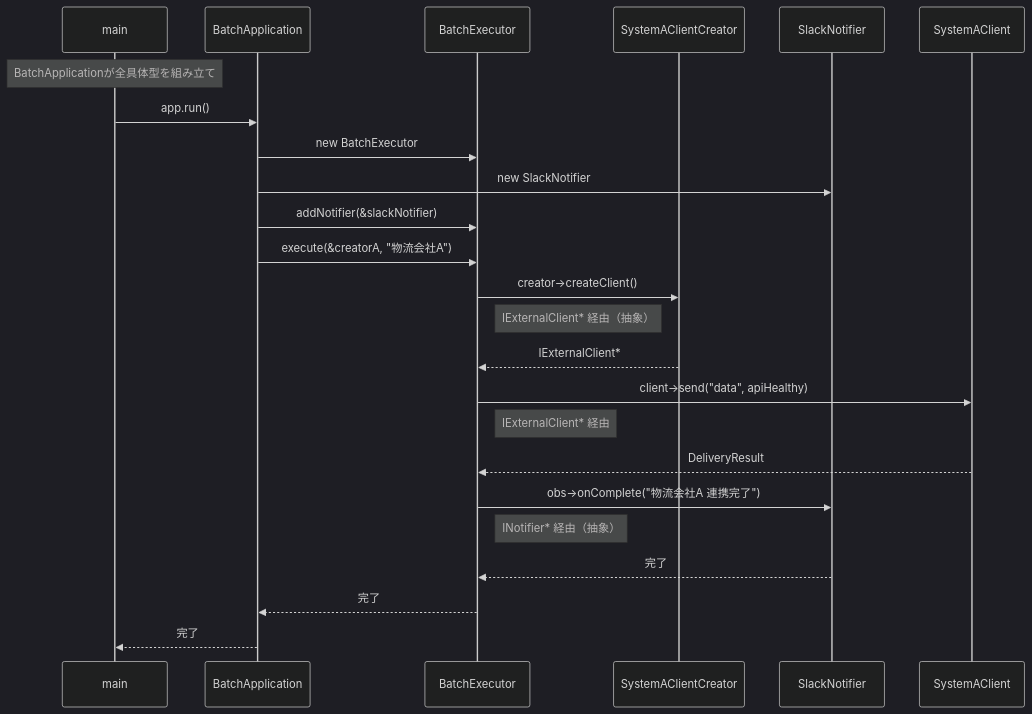
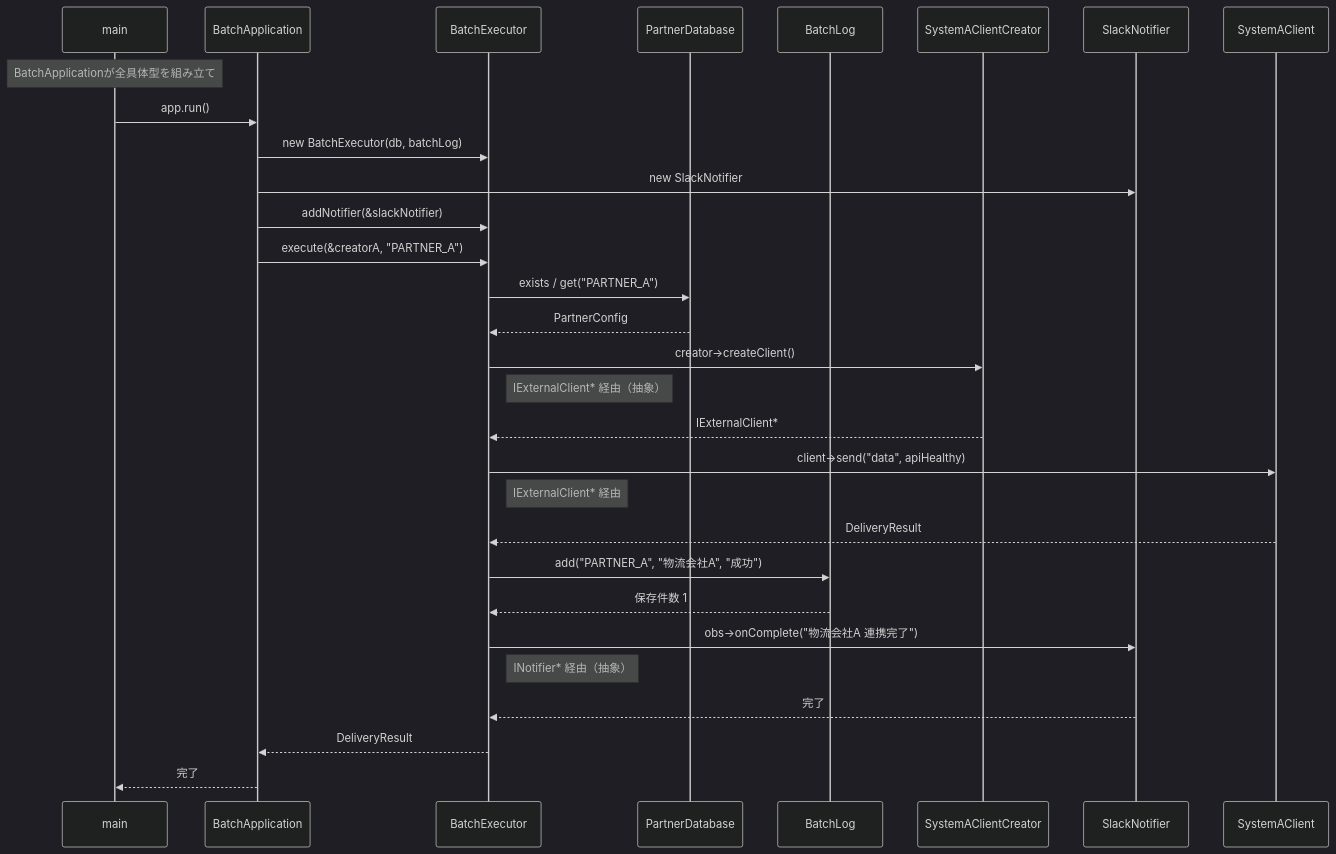
One commit to kumachan1101-pixel/DesignPattern changed the ninth of 12 diagrams in kindle/design-patterns/output/chapter10.md. Above: the diagram before and after it, drawn with Mermaid (dark theme). The commit also changed other lines of this file and 6 other files, not shown here.

````diff
--- a/kindle/design-patterns/output/chapter10.md
+++ b/kindle/design-patterns/output/chapter10.md
@@ -1630,26 +1783,32 @@
 ```mermaid
 sequenceDiagram
     participant main
     participant BA as BatchApplication
     participant BE as BatchExecutor
+    participant DB as PartnerDatabase
+    participant BL as BatchLog
     participant AC as SystemAClientCreator
     participant SN as SlackNotifier
     participant SA as SystemAClient
     Note over main: BatchApplicationが全具体型を組み立て
     main->>BA: app.run()
-    BA->>BE: new BatchExecutor
+    BA->>BE: new BatchExecutor(db, batchLog)
     BA->>SN: new SlackNotifier
     BA->>BE: addNotifier(&slackNotifier)
-    BA->>BE: execute(&creatorA, "物流会社A")
+    BA->>BE: execute(&creatorA, "PARTNER_A")
+    BE->>DB: exists / get("PARTNER_A")
+    DB-->>BE: PartnerConfig
     BE->>AC: creator->createClient()
     Note right of BE: IExternalClient* 経由（抽象）
     AC-->>BE: IExternalClient*
     BE->>SA: client->send("data", apiHealthy)
     Note right of BE: IExternalClient* 経由
     SA-->>BE: DeliveryResult
+    BE->>BL: add("PARTNER_A", "物流会社A", "成功")
+    BL-->>BE: 保存件数 1
     BE->>SN: obs->onComplete("物流会社A 連携完了")
     Note right of BE: INotifier* 経由（抽象）
     SN-->>BE: 完了
-    BE-->>BA: 完了
+    BE-->>BA: DeliveryResult
     BA-->>main: 完了
 ```
````
